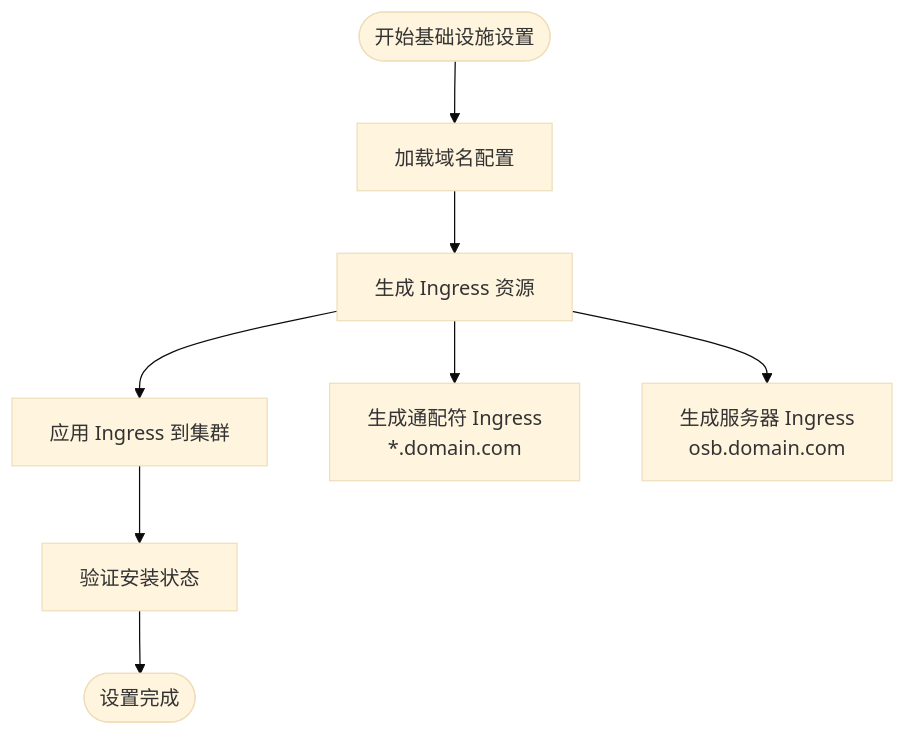
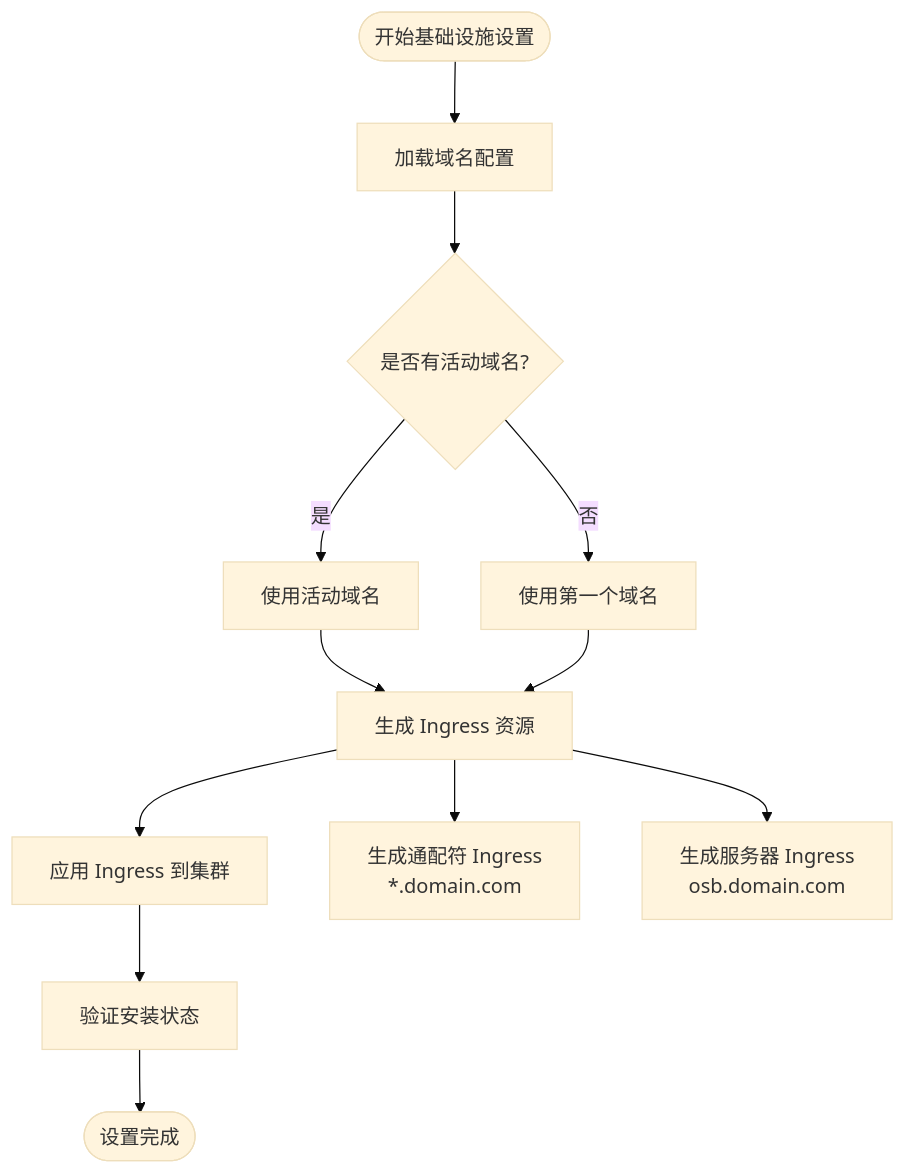
The ninth of 12 diagrams in .qoder/repowiki/zh/content/后端服务详解/域名管理系统.md (RabbitAI-Lab/Sandbox-Manager), drawn with Mermaid (base theme) before and after one commit. The commit also changed other lines of this file and 6 other files, not shown here.

````diff
--- a/.qoder/repowiki/zh/content/后端服务详解/域名管理系统.md
+++ b/.qoder/repowiki/zh/content/后端服务详解/域名管理系统.md
@@ -302,10 +374,14 @@
 ```mermaid
 flowchart TD
 Start([开始基础设施设置]) --> LoadDomains["加载域名配置"]
-LoadDomains --> GenerateIngress["生成 Ingress 资源"]
+LoadDomains --> CheckActive{"是否有活动域名?"}
+CheckActive --> |是| UseActive["使用活动域名"]
+CheckActive --> |否| UseFirst["使用第一个域名"]
+UseActive --> GenerateIngress["生成 Ingress 资源"]
+UseFirst --> GenerateIngress
 GenerateIngress --> ApplyIngress["应用 Ingress 到集群"]
 ApplyIngress --> VerifySetup["验证安装状态"]
 VerifySetup --> Complete([设置完成])
 GenerateIngress --> WildcardIngress["生成通配符 Ingress<br/>*.domain.com"]
 GenerateIngress --> ServerIngress["生成服务器 Ingress<br/>osb.domain.com"]
 ```
````
